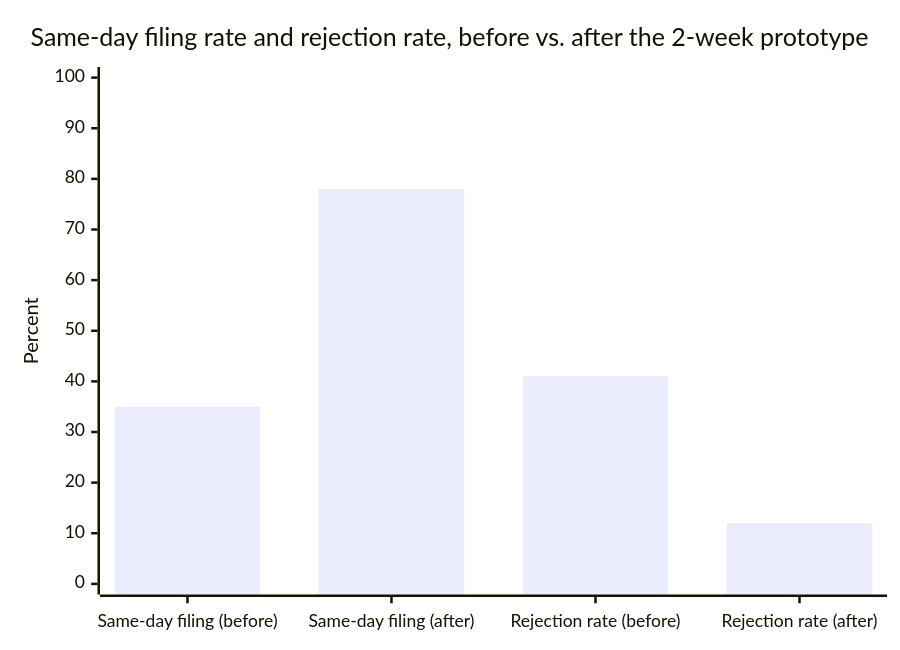
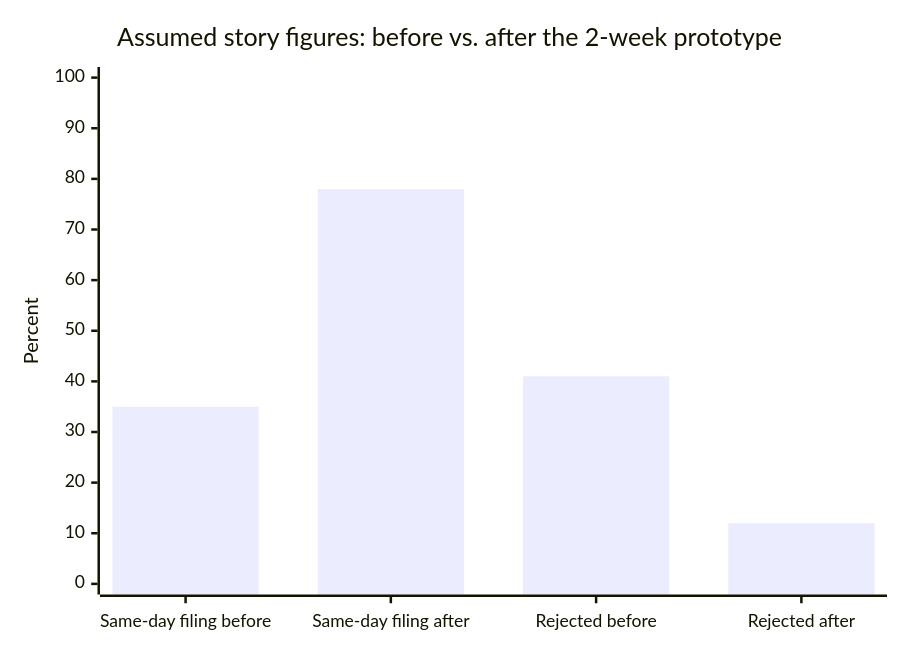
One commit to francoandreDev/knowledge changed the third of 3 diagrams in src/content/design/design-thinking-process/L3-deep-dive.mdx. Above: the diagram before and after it, drawn with Mermaid. The commit also changed other lines of this file and 19 other files, not shown here.

Commit message:
Migrate design batch 1 (design-thinking-process, usability-heuristics, information-architecture, visual-design-fundamentals) to the three-tier exercise model

````diff
--- a/src/content/design/design-thinking-process/L3-deep-dive.mdx
+++ b/src/content/design/design-thinking-process/L3-deep-dive.mdx
@@ -196,7 +181,7 @@
 ```mermaid
 xychart-beta
-    title "Same-day filing rate and rejection rate, before vs. after the 2-week prototype"
-    x-axis ["Same-day filing (before)", "Same-day filing (after)", "Rejection rate (before)", "Rejection rate (after)"]
+    title "Assumed story figures: before vs. after the 2-week prototype"
+    x-axis ["Same-day filing before", "Same-day filing after", "Rejected before", "Rejected after"]
     y-axis "Percent" 0 --> 100
     bar [35, 78, 41, 12]
 ```
````
